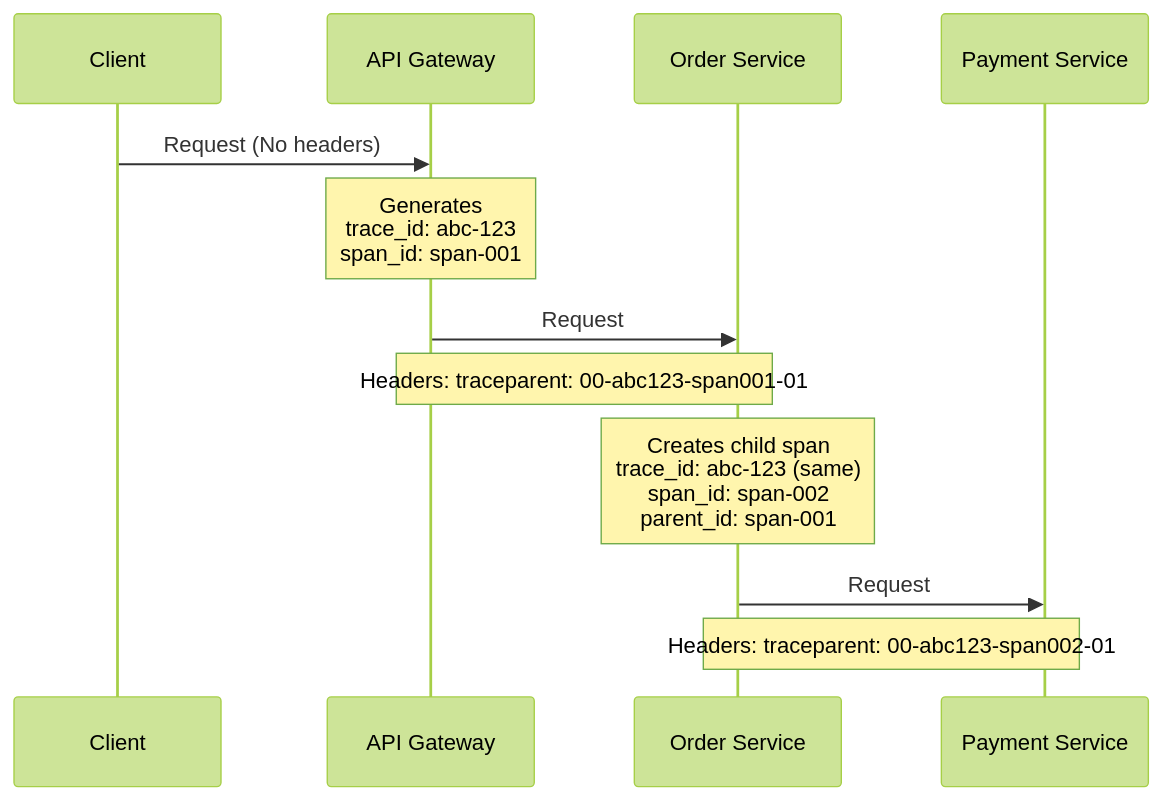
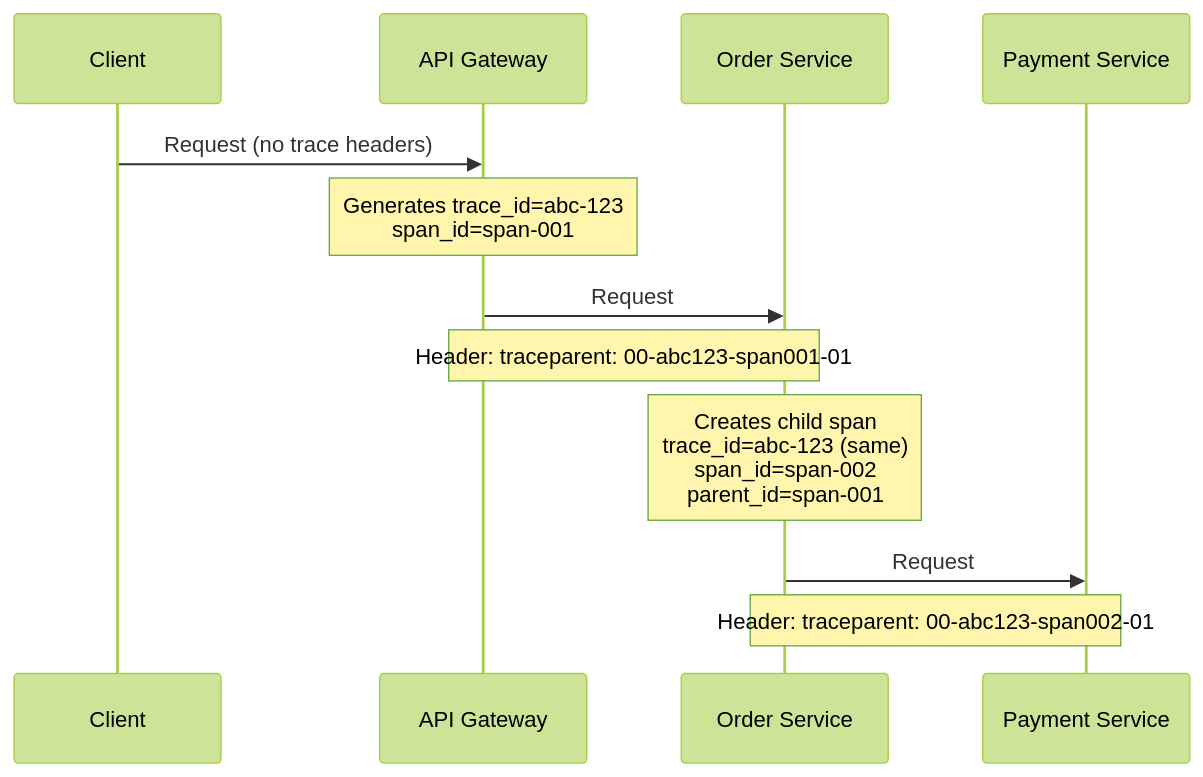
One commit to krisztiankoos/kubedojo changed the fifth of 10 diagrams in src/content/docs/platform/foundations/observability-theory/module-3.2-the-three-pillars.md. Above: the diagram before and after it, drawn with Mermaid (forest theme). The commit also changed other lines of this file, not shown here.

````diff
--- a/src/content/docs/platform/foundations/observability-theory/module-3.2-the-three-pillars.md
+++ b/src/content/docs/platform/foundations/observability-theory/module-3.2-the-three-pillars.md
@@ -279,15 +277,15 @@
 ```mermaid
 sequenceDiagram
     participant C as Client
     participant G as API Gateway
     participant O as Order Service
     participant P as Payment Service
 
-    C->>G: Request (No headers)
-    Note over G: Generates<br/>trace_id: abc-123<br/>span_id: span-001
+    C->>G: Request (no trace headers)
+    Note over G: Generates trace_id=abc-123<br/>span_id=span-001
     G->>O: Request
-    Note over G,O: Headers: traceparent: 00-abc123-span001-01
-    Note over O: Creates child span<br/>trace_id: abc-123 (same)<br/>span_id: span-002<br/>parent_id: span-001
+    Note over G,O: Header: traceparent: 00-abc123-span001-01
+    Note over O: Creates child span<br/>trace_id=abc-123 (same)<br/>span_id=span-002<br/>parent_id=span-001
     O->>P: Request
-    Note over O,P: Headers: traceparent: 00-abc123-span002-01
+    Note over O,P: Header: traceparent: 00-abc123-span002-01
 ```
````
